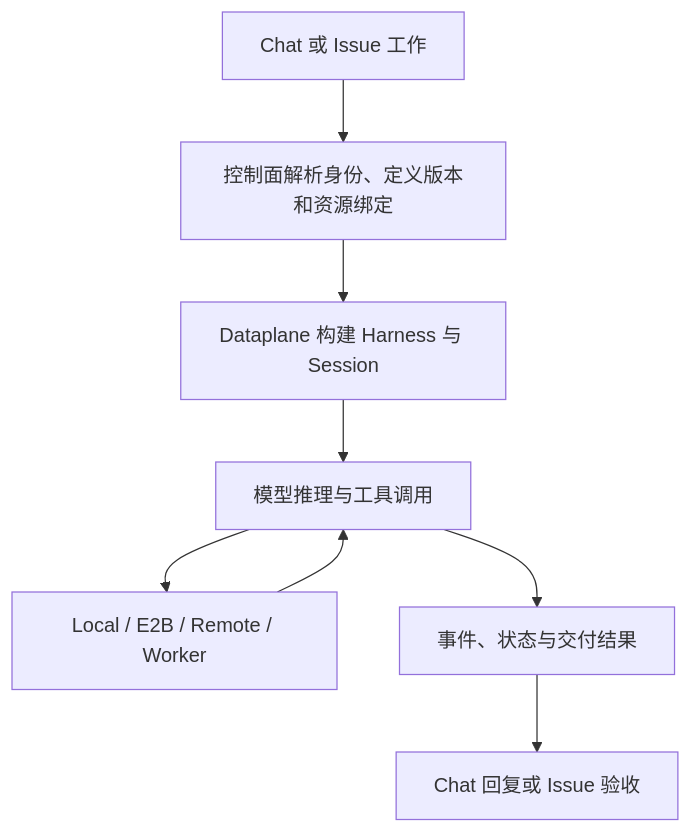
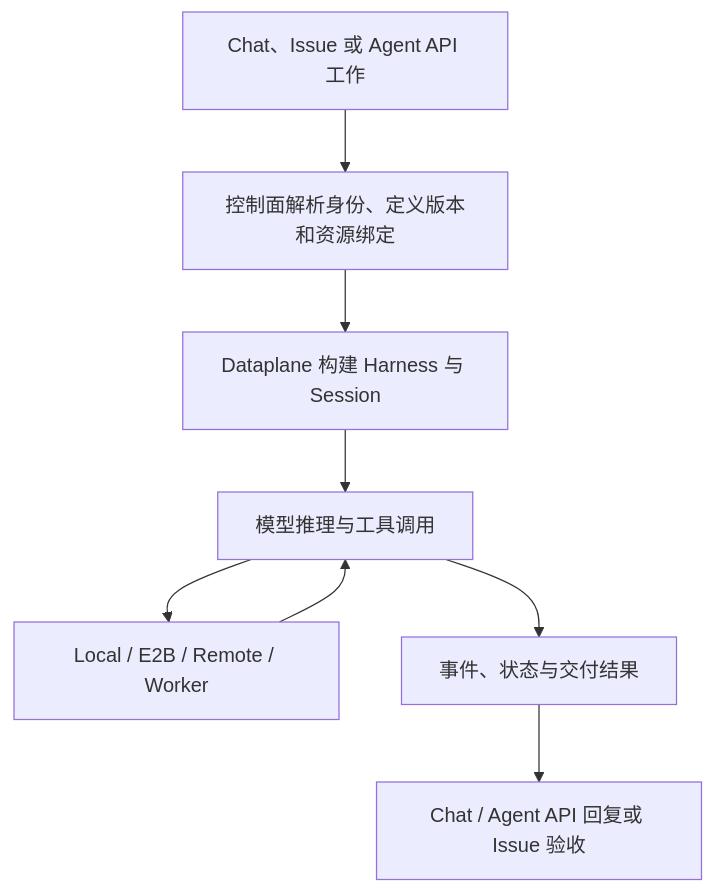
The diagram in docs/v2/zh/service/managed-agent-execution.md (agentscope-ai/agentscope-java), drawn with Mermaid before and after one commit. The commit also changed other lines of this file and 1075 other files, not shown here.

````diff
--- a/docs/v2/zh/service/managed-agent-execution.md
+++ b/docs/v2/zh/service/managed-agent-execution.md
@@ -12,10 +12,10 @@
 ```mermaid
 flowchart TD
-  A[Chat 或 Issue 工作] --> B[控制面解析身份、定义版本和资源绑定]
+  A[Chat、Issue 或 Agent API 工作] --> B[控制面解析身份、定义版本和资源绑定]
   B --> C[Dataplane 构建 Harness 与 Session]
   C --> D[模型推理与工具调用]
   D --> E[Local / E2B / Remote / Worker]
   E --> D
   D --> F[事件、状态与交付结果]
-  F --> G[Chat 回复或 Issue 验收]
+  F --> G[Chat / Agent API 回复或 Issue 验收]
 ```
````
